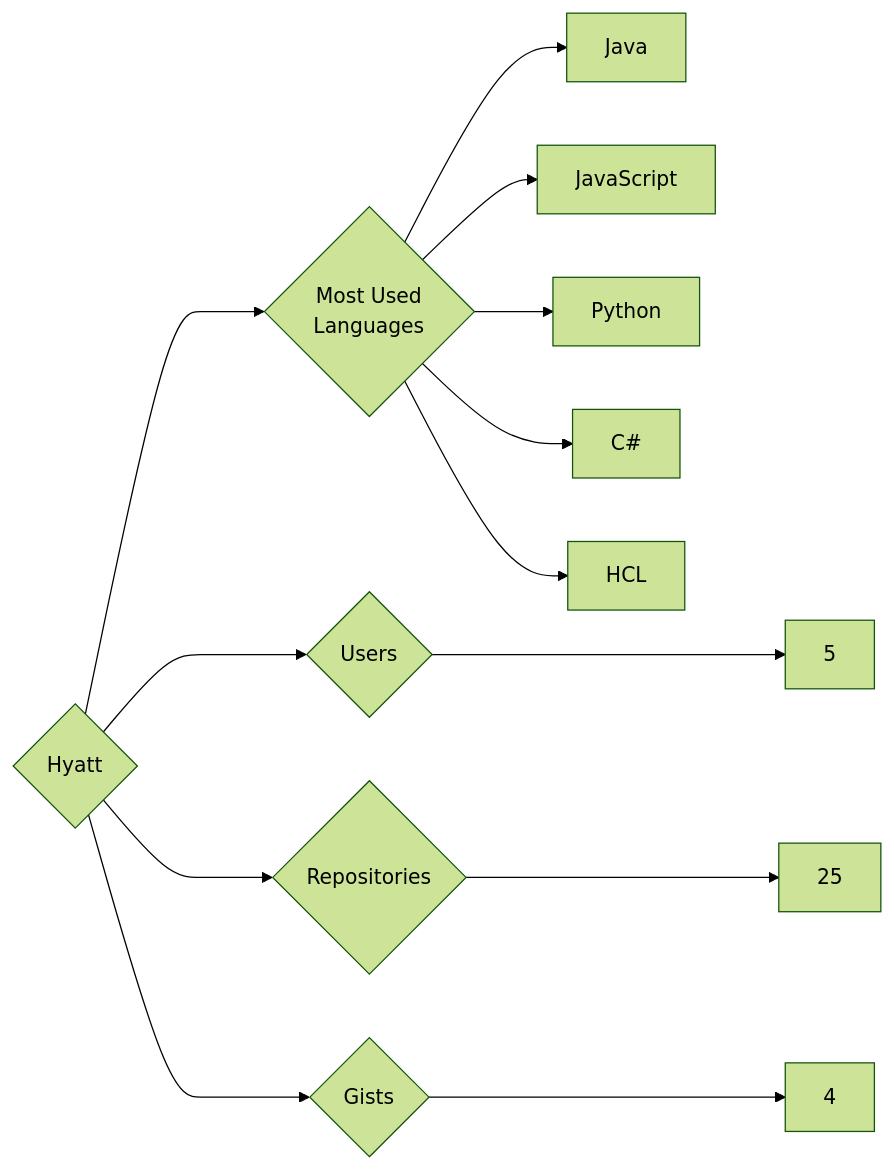
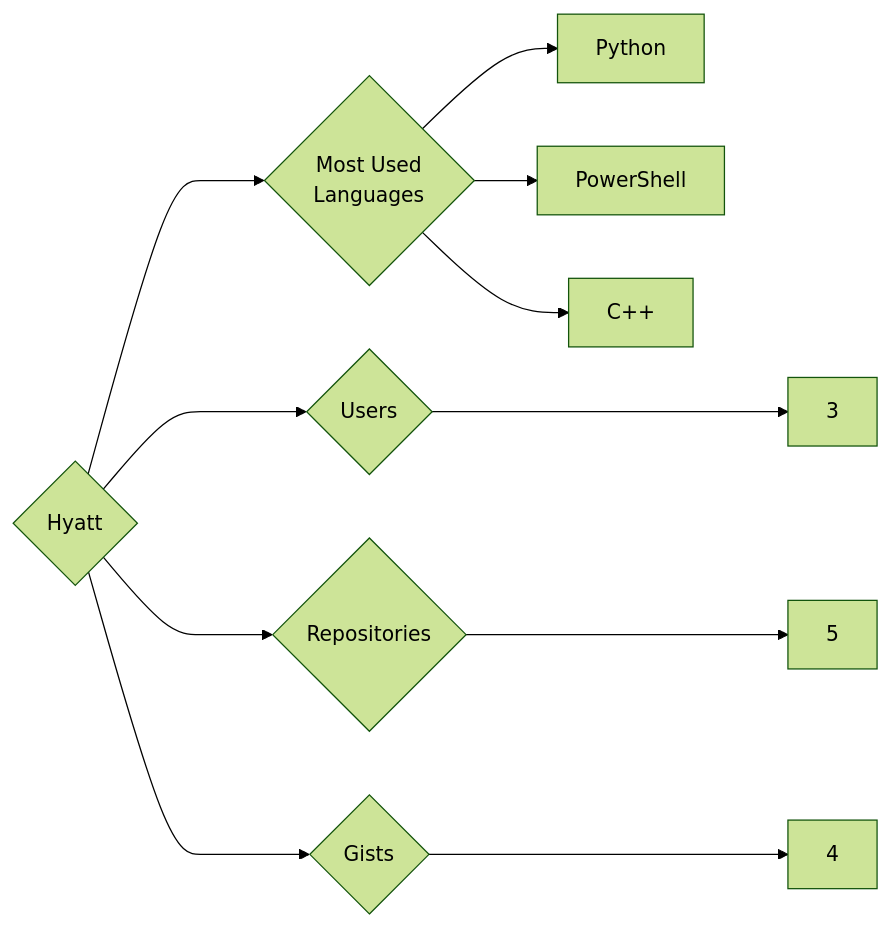
Before and after one commit to trickest/insiders: the diagram in targets/Hyatt/README.md, drawn with Mermaid (forest theme). The commit also changed 1020 other files, not shown here.

````diff
--- a/targets/Hyatt/README.md
+++ b/targets/Hyatt/README.md
@@ -3,13 +3,11 @@
 ```mermaid
 graph LR
 COMPANY_NAME{Hyatt}
-COMPANY_NAME ---> U{Users} ---> UN[5]
-COMPANY_NAME ---> R{Repositories} ---> RN[25]
+COMPANY_NAME ---> U{Users} ---> UN[3]
+COMPANY_NAME ---> R{Repositories} ---> RN[5]
 COMPANY_NAME ---> G{Gists} ---> GN[4]
 COMPANY_NAME ---> ML{Most Used<br>Languages}
-ML --> Java[Java]
-ML --> JavaScript[JavaScript]
 ML --> Python[Python]
-ML --> C#[C#]
-ML --> HCL[HCL]
+ML --> PowerShell[PowerShell]
+ML --> C++[C++]
 ```
````
